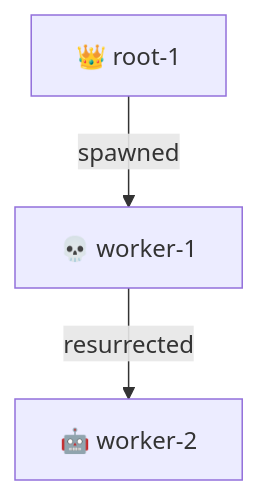
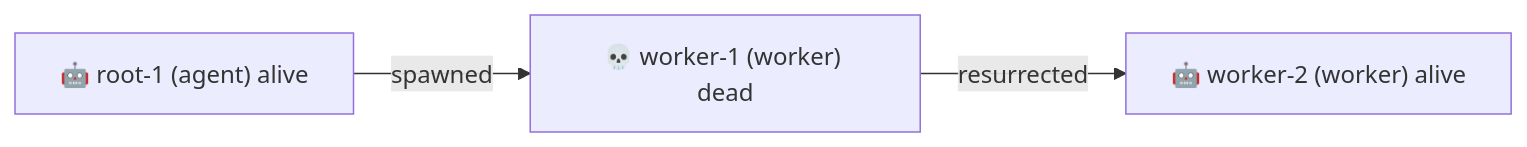
Before and after one commit to Timwood0x10/ARES: the third of 3 diagrams in docs/articles/en/16-flight-recorder-deep-dive.md, drawn with Mermaid. The commit also changed other lines of this file and 2423 other files, not shown here.

````diff
--- a/docs/articles/en/16-flight-recorder-deep-dive.md
+++ b/docs/articles/en/16-flight-recorder-deep-dive.md
@@ -797,8 +659,8 @@
 ```mermaid
-graph TB
-    root-1["👑 root-1"]
-    worker-1["💀 worker-1"]
-    worker-2["🤖 worker-2"]
-    root-1 -->|spawned| worker-1
-    worker-1 -->|resurrected| worker-2
+graph LR
+    root_1["🤖 root-1 (agent) alive"]
+    root_1 -->|spawned| worker_1
+    worker_1["💀 worker-1 (worker) dead"]
+    worker_1 -->|resurrected| worker_2
+    worker_2["🤖 worker-2 (worker) alive"]
 ```
````
